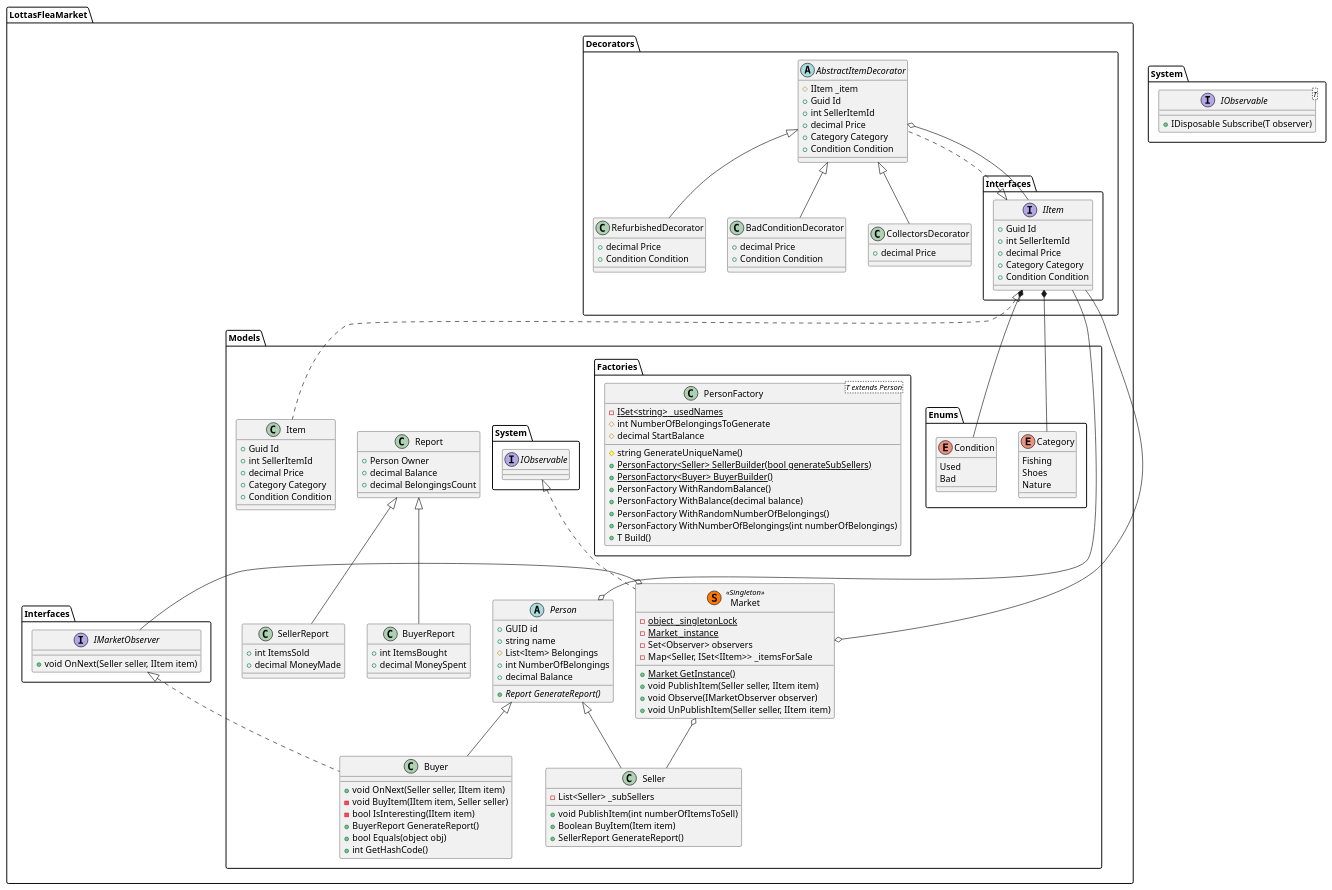
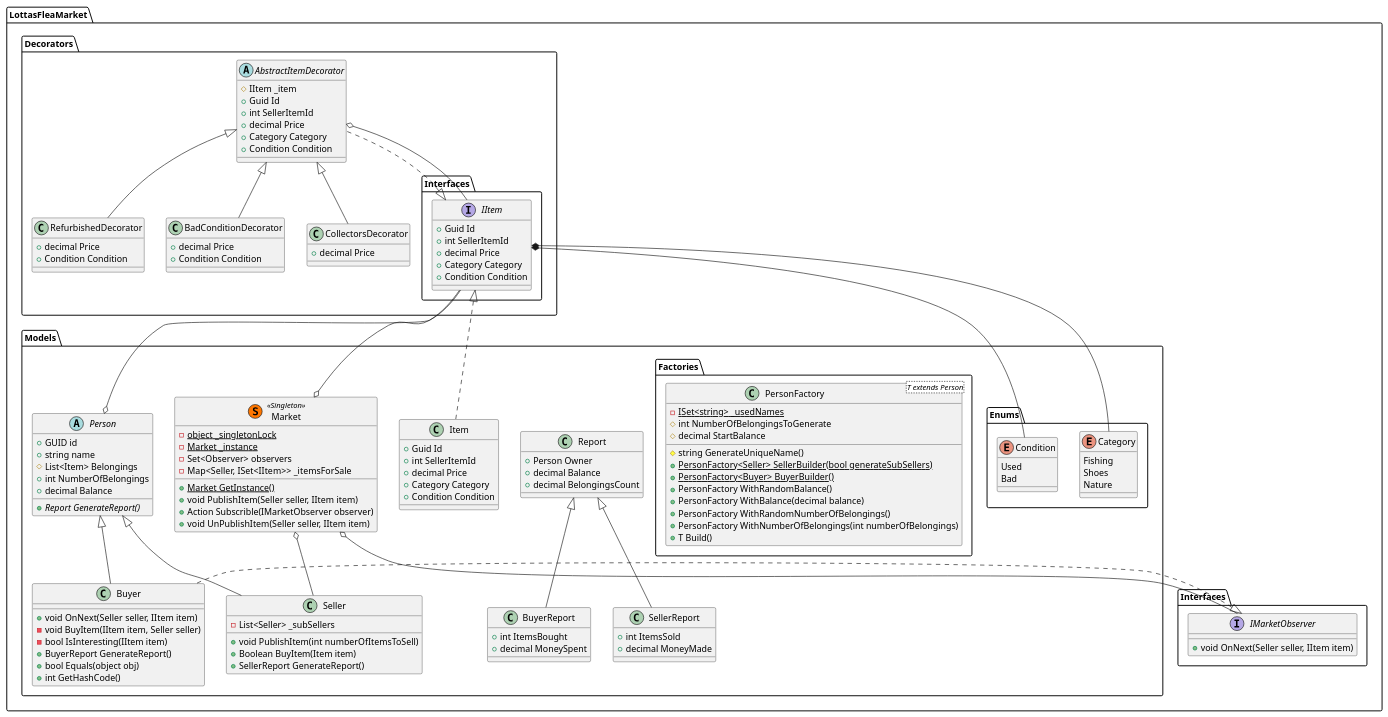
The diagram in Docs/ClassDiagram.puml (asmadsen/LottasFleaMarket), drawn with PlantUML before and after one commit. The commit also changed 2 other files, not shown here.

Commit message:
🏗 Changed from IDisposable to Action

```diff
--- a/Docs/ClassDiagram.puml
+++ b/Docs/ClassDiagram.puml
@@ -1,152 +1,148 @@
 @startuml
 namespace LottasFleaMarket {
     namespace Decorators {
         namespace Interfaces {
             interface IItem {
                  +Guid Id
                  +int SellerItemId
                  +decimal Price
                  +Category Category
                  +Condition Condition
              }
          }
          
          abstract class AbstractItemDecorator implements LottasFleaMarket.Decorators.Interfaces.IItem {
              #IItem _item
              +Guid Id
              +int SellerItemId
              +decimal Price
              +Category Category
              +Condition Condition
          }
          
          class BadConditionDecorator extends AbstractItemDecorator {
              +decimal Price
              +Condition Condition
          }
          
          class CollectorsDecorator extends AbstractItemDecorator {
              +decimal Price
          }
          
          class RefurbishedDecorator extends AbstractItemDecorator {
              +decimal Price
              +Condition Condition
          }
          
          AbstractItemDecorator o-- LottasFleaMarket.Decorators.Interfaces.IItem
     }
 
     namespace Interfaces {
         interface IMarketObserver {
             +void OnNext(Seller seller, IItem item)
         }
     }
     
     namespace Models {
         namespace Enums {
             enum Category {
                 Fishing
                 Shoes
                 Nature
             }
             
             enum Condition {
                 Used
                 Bad
             }
             
             LottasFleaMarket.Decorators.Interfaces.IItem *-- Condition
             LottasFleaMarket.Decorators.Interfaces.IItem *-- Category
         }
         
         namespace Factories {
             class PersonFactory<T extends Person> {
                 -{static} ISet<string> _usedNames
                 #string GenerateUniqueName()
                 #int NumberOfBelongingsToGenerate
                 #decimal StartBalance
                 +{static} PersonFactory<Seller> SellerBuilder(bool generateSubSellers)
                 +{static} PersonFactory<Buyer> BuyerBuilder()
                 +PersonFactory WithRandomBalance()
                 +PersonFactory WithBalance(decimal balance)
                 +PersonFactory WithRandomNumberOfBelongings()
                 +PersonFactory WithNumberOfBelongings(int numberOfBelongings)
                 +T Build()
             }
         }
         
         class Report {
             +Person Owner
             +decimal Balance
             +decimal BelongingsCount
         }
         
         class BuyerReport extends Report {
             +int ItemsBought
             +decimal MoneySpent
         }
         
         class SellerReport extends Report {
             +int ItemsSold
             +decimal MoneyMade
         }
         
-        abstract class Person  {
+        abstract class Person {
             +GUID id
             +string name
             #List<Item> Belongings
             +int NumberOfBelongings
             +decimal Balance
             +{abstract} Report GenerateReport()
         }
         
         class Buyer extends Person implements LottasFleaMarket.Interfaces.IMarketObserver {
             +void OnNext(Seller seller, IItem item)
             -void BuyItem(IItem item, Seller seller)
             -bool IsInteresting(IItem item)
             +BuyerReport GenerateReport()
             +bool Equals(object obj)
             +int GetHashCode()
         }
         
         class Seller extends Person {
             -List<Seller> _subSellers
             +void PublishItem(int numberOfItemsToSell)
             +Boolean BuyItem(Item item)
             +SellerReport GenerateReport()
         }
         
         class Item implements LottasFleaMarket.Decorators.Interfaces.IItem {
              +Guid Id
              +int SellerItemId
              +decimal Price
              +Category Category
              +Condition Condition
         }
         
         
-        class Market << (S,#FF7700) Singleton>> implements System.IObservable {
+        class Market << (S,#FF7700) Singleton>> {
             -{static} object _singletonLock
             -{static} Market _instance
             -Set<Observer> observers
             -Map<Seller, ISet<IItem>> _itemsForSale
             +{static} Market GetInstance()
             +void PublishItem(Seller seller, IItem item)
-            +void Observe(IMarketObserver observer)
+            +Action Subscrible(IMarketObserver observer)
             +void UnPublishItem(Seller seller, IItem item)
         }
         
         Person o-- LottasFleaMarket.Decorators.Interfaces.IItem 
         
         Market o-- Seller
         Market o-- LottasFleaMarket.Decorators.Interfaces.IItem 
         Market o-- LottasFleaMarket.Interfaces.IMarketObserver   
     }
 }
 
-interface System.IObservable<T> {
-    +IDisposable Subscribe(T observer)
-}
-
 @enduml
```
